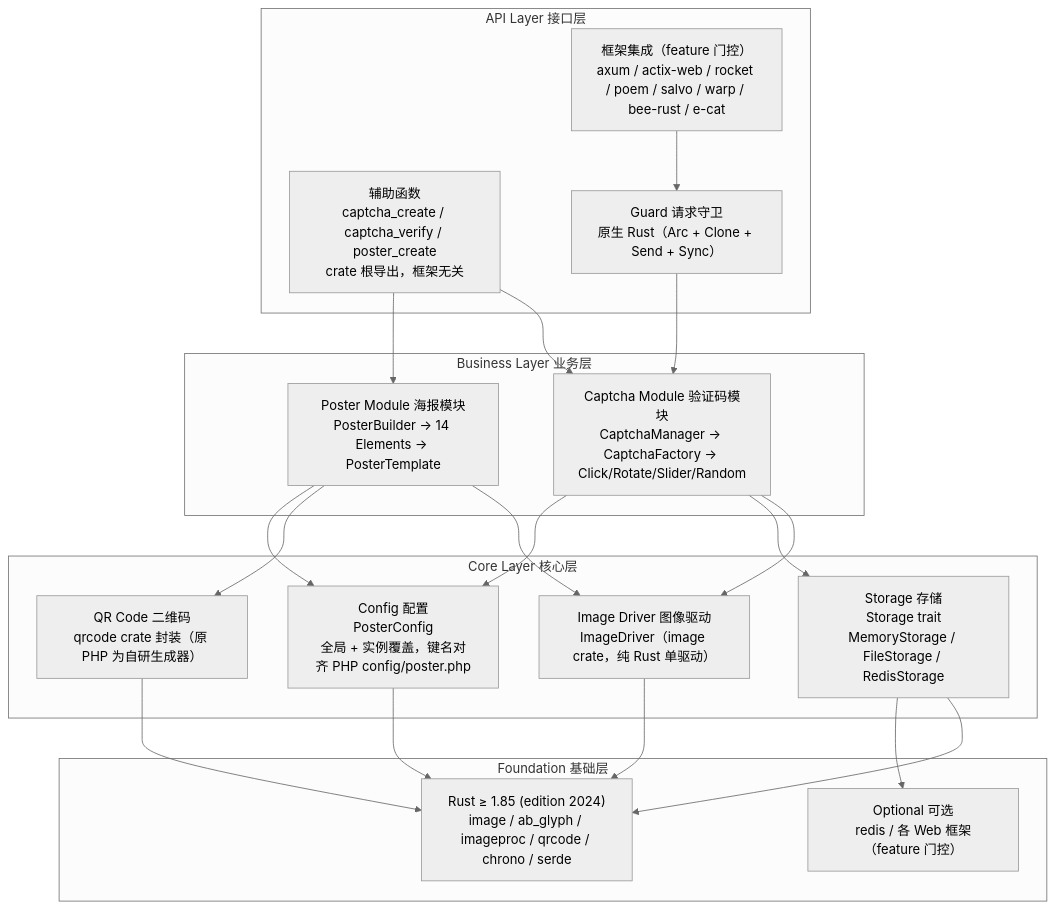
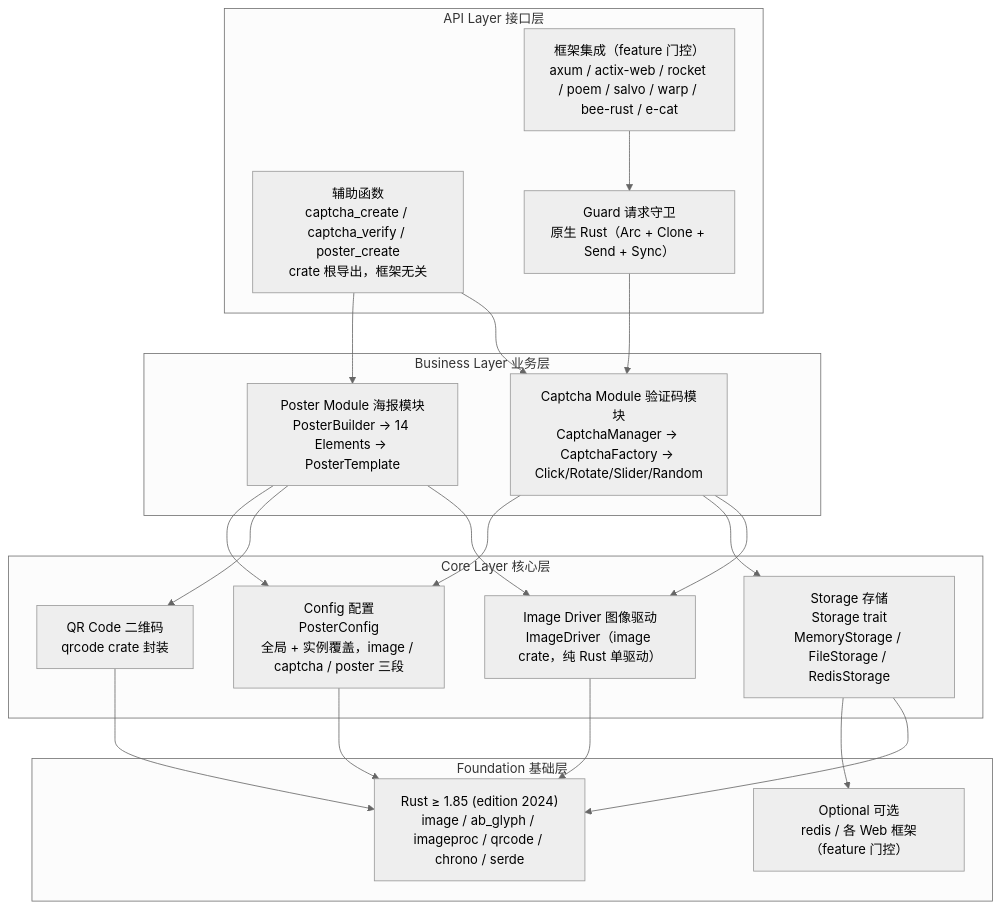
The first of 9 diagrams in docs/architecture.md (erikwang2013/poster-rust), drawn with Mermaid (neutral theme) before and after one commit. The commit also changed other lines of this file and 10 other files, not shown here.

````diff
--- a/docs/architecture.md
+++ b/docs/architecture.md
@@ -13,44 +13,44 @@
 ```mermaid
 graph TB
     subgraph "API Layer 接口层"
         HELPERS["辅助函数<br/>captcha_create / captcha_verify / poster_create<br/>crate 根导出，框架无关"]
         GUARD["Guard 请求守卫<br/>原生 Rust（Arc + Clone + Send + Sync）"]
         FACADES["框架集成（feature 门控）<br/>axum / actix-web / rocket / poem / salvo / warp / bee-rust / e-cat"]
     end
 
     subgraph "Business Layer 业务层"
         CAPTCHA["Captcha Module 验证码模块<br/>CaptchaManager → CaptchaFactory → Click/Rotate/Slider/Random"]
         POSTER["Poster Module 海报模块<br/>PosterBuilder → 14 Elements → PosterTemplate"]
     end
 
     subgraph "Core Layer 核心层"
         DRIVERS["Image Driver 图像驱动<br/>ImageDriver（image crate，纯 Rust 单驱动）"]
         STORAGE["Storage 存储<br/>Storage trait<br/>MemoryStorage / FileStorage / RedisStorage"]
-        QRCODE["QR Code 二维码<br/>qrcode crate 封装（原 PHP 为自研生成器）"]
-        CONFIG["Config 配置<br/>PosterConfig<br/>全局 + 实例覆盖，键名对齐 PHP config/poster.php"]
+        QRCODE["QR Code 二维码<br/>qrcode crate 封装"]
+        CONFIG["Config 配置<br/>PosterConfig<br/>全局 + 实例覆盖，image / captcha / poster 三段"]
     end
 
     subgraph "Foundation 基础层"
         RUST["Rust ≥ 1.85 (edition 2024)<br/>image / ab_glyph / imageproc / qrcode / chrono / serde"]
         OPTIONAL["Optional 可选<br/>redis / 各 Web 框架（feature 门控）"]
     end
 
     HELPERS --> CAPTCHA
     HELPERS --> POSTER
     GUARD --> CAPTCHA
     FACADES --> GUARD
 
     CAPTCHA --> DRIVERS
     CAPTCHA --> STORAGE
     CAPTCHA --> CONFIG
 
     POSTER --> DRIVERS
     POSTER --> QRCODE
     POSTER --> CONFIG
 
     DRIVERS --> RUST
     STORAGE --> RUST
     STORAGE --> OPTIONAL
     QRCODE --> RUST
     CONFIG --> RUST
 ```
````
